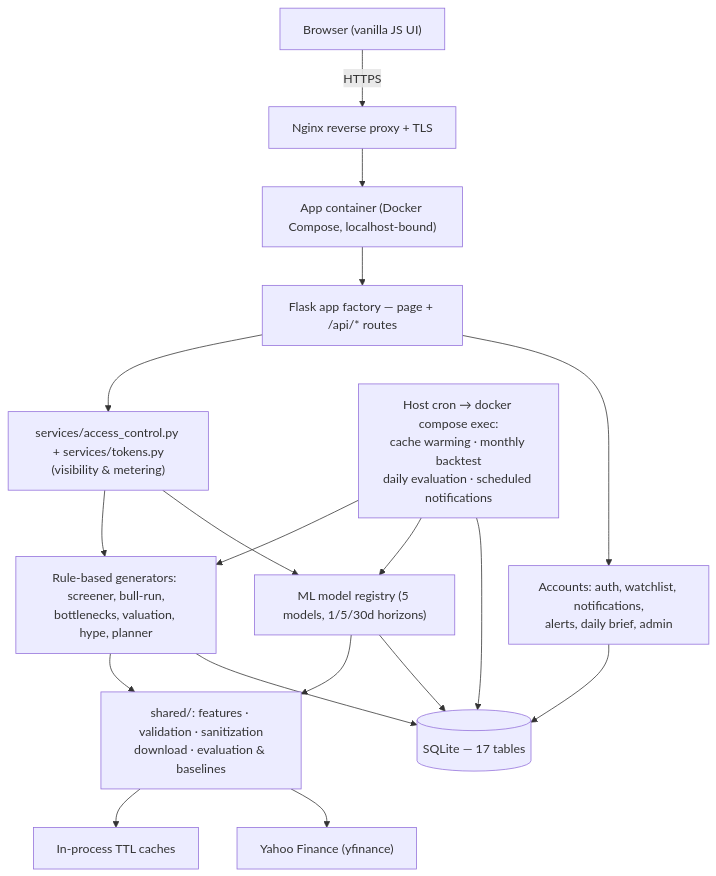
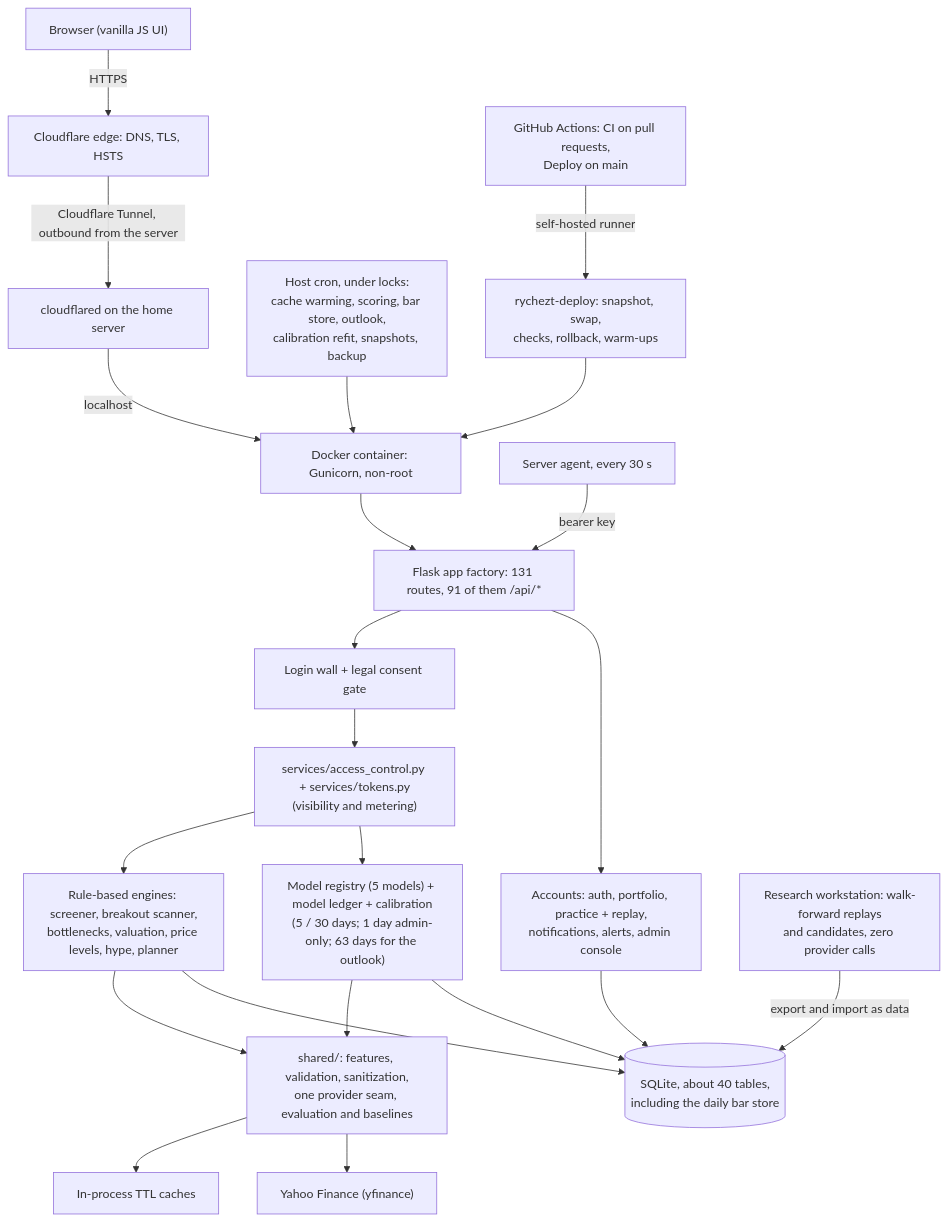
One commit to icetomb/RYCHEZT changed the diagram in README.md. Above: the diagram before and after it, drawn with Mermaid. The commit also changed other lines of this file, not shown here.

````diff
--- a/README.md
+++ b/README.md
@@ -87,24 +116,30 @@
 ```mermaid
 flowchart TD
-    User["Browser (vanilla JS UI)"] -->|HTTPS| Nginx["Nginx reverse proxy + TLS"]
-    Nginx --> Container["App container (Docker Compose, localhost-bound)"]
-    Container --> Flask["Flask app factory — page + /api/* routes"]
+    User["Browser (vanilla JS UI)"] -->|HTTPS| CF["Cloudflare edge: DNS, TLS, HSTS"]
+    CF -->|Cloudflare Tunnel, outbound from the server| Tunnel["cloudflared on the home server"]
+    Tunnel -->|localhost| Container["Docker container: Gunicorn, non-root"]
+    Container --> Flask["Flask app factory: 131 routes, 91 of them /api/*"]
 
-    Flask --> Gate["services/access_control.py + services/tokens.py<br/>(visibility & metering)"]
-    Gate --> SvcRec["Rule-based generators: screener, bull-run,<br/>bottlenecks, valuation, hype, planner"]
-    Gate --> SvcML["ML model registry (5 models, 1/5/30d horizons)"]
-    Flask --> SvcAcct["Accounts: auth, watchlist, notifications,<br/>alerts, daily brief, admin"]
+    Flask --> Wall["Login wall + legal consent gate"]
+    Wall --> Gate["services/access_control.py + services/tokens.py<br/>(visibility and metering)"]
+    Gate --> SvcRec["Rule-based engines: screener, breakout scanner,<br/>bottlenecks, valuation, price levels, hype, planner"]
+    Gate --> SvcML["Model registry (5 models) + model ledger + calibration<br/>(5 / 30 days; 1 day admin-only; 63 days for the outlook)"]
+    Flask --> SvcAcct["Accounts: auth, portfolio, practice + replay,<br/>notifications, alerts, admin console"]
 
-    SvcML --> Shared["shared/: features · validation · sanitization<br/>download · evaluation & baselines"]
+    SvcML --> Shared["shared/: features, validation, sanitization,<br/>one provider seam, evaluation and baselines"]
     SvcRec --> Shared
     Shared --> Cache["In-process TTL caches"]
     Shared --> YF["Yahoo Finance (yfinance)"]
 
-    SvcRec --> DB[("SQLite — 17 tables")]
+    SvcRec --> DB[("SQLite, about 40 tables,<br/>including the daily bar store")]
     SvcML --> DB
     SvcAcct --> DB
 
-    Cron["Host cron → docker compose exec:<br/>cache warming · monthly backtest<br/>daily evaluation · scheduled notifications"] --> SvcRec
-    Cron --> SvcML
-    Cron --> DB
+    Cron["Host cron, under locks:<br/>cache warming, scoring, bar store, outlook,<br/>calibration refit, snapshots, backup"] --> Container
+    Agent["Server agent, every 30 s"] -->|bearer key| Flask
+
+    GH["GitHub Actions: CI on pull requests,<br/>Deploy on main"] -->|self-hosted runner| Tool["rychezt-deploy: snapshot, swap,<br/>checks, rollback, warm-ups"]
+    Tool --> Container
+
+    PC["Research workstation: walk-forward replays<br/>and candidates, zero provider calls"] -->|export and import as data| DB
 ```
````
